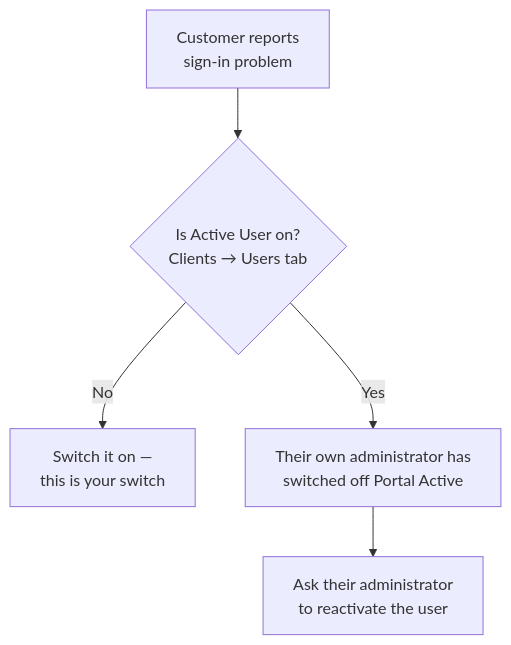
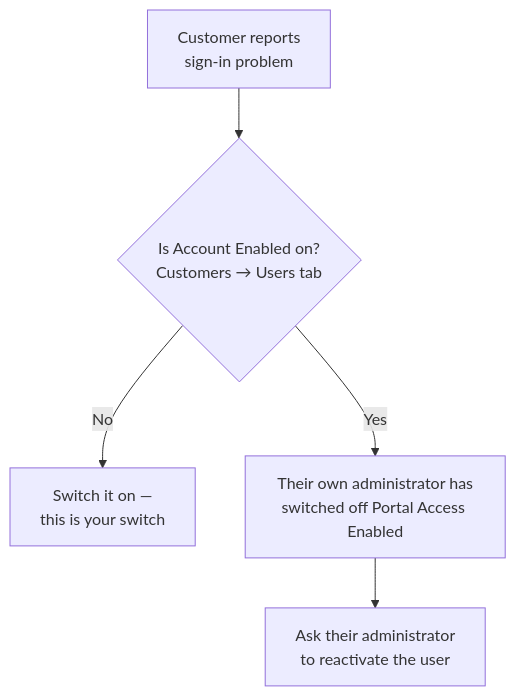
Before and after one commit to LaplaceSoftware/lp_projects_docs: the diagram in docs/b2b_ecommerce_docs/_user_guide/015-Common-Business-Scenarios.md, drawn with Mermaid. The commit also changed other lines of this file and 48 other files, not shown here.

````diff
--- a/docs/b2b_ecommerce_docs/_user_guide/015-Common-Business-Scenarios.md
+++ b/docs/b2b_ecommerce_docs/_user_guide/015-Common-Business-Scenarios.md
@@ -211,7 +212,7 @@
 ```mermaid
 flowchart TB
-    A["Customer reports<br/>sign-in problem"] --> B{"Is Active User on?<br/>Clients → Users tab"}
+    A["Customer reports<br/>sign-in problem"] --> B{"Is Account Enabled on?<br/>Customers → Users tab"}
     B -->|No| C["Switch it on —<br/>this is your switch"]
-    B -->|Yes| D["Their own administrator has<br/>switched off Portal Active"]
+    B -->|Yes| D["Their own administrator has<br/>switched off Portal Access Enabled"]
     D --> E["Ask their administrator<br/>to reactivate the user"]
 ```
````
